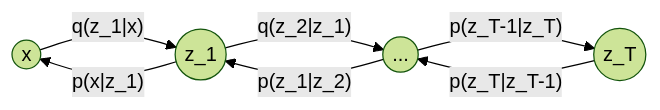
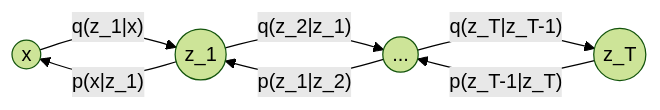
The diagram in Computer Vision/Generative Model/3 Variational Auto-encoder.md (DuskNgai/Paper-Notes), drawn with Mermaid (forest theme) before and after one commit. The commit also changed other lines of this file and 5 other files, not shown here.

````diff
--- a/Computer Vision/Generative Model/3 Variational Auto-encoder.md
+++ b/Computer Vision/Generative Model/3 Variational Auto-encoder.md
@@ -109,5 +202,5 @@
 ```mermaid
 flowchart LR;
-0((x))-- q(z_1|x) -->1((z_1))-- q(z_2|z_1) -->2((...))-- p(z_T-1|z_T) -->3((z_T));
-3-- p(z_T|z_T-1) -->2-- p(z_1|z_2) -->1-- p(x|z_1) -->0;
+0((x))-- q(z_1|x) -->1((z_1))-- q(z_2|z_1) -->2((...))-- q(z_T|z_T-1) -->3((z_T));
+3-- p(z_T-1|z_T) -->2-- p(z_1|z_2) -->1-- p(x|z_1) -->0;
 ```
````
